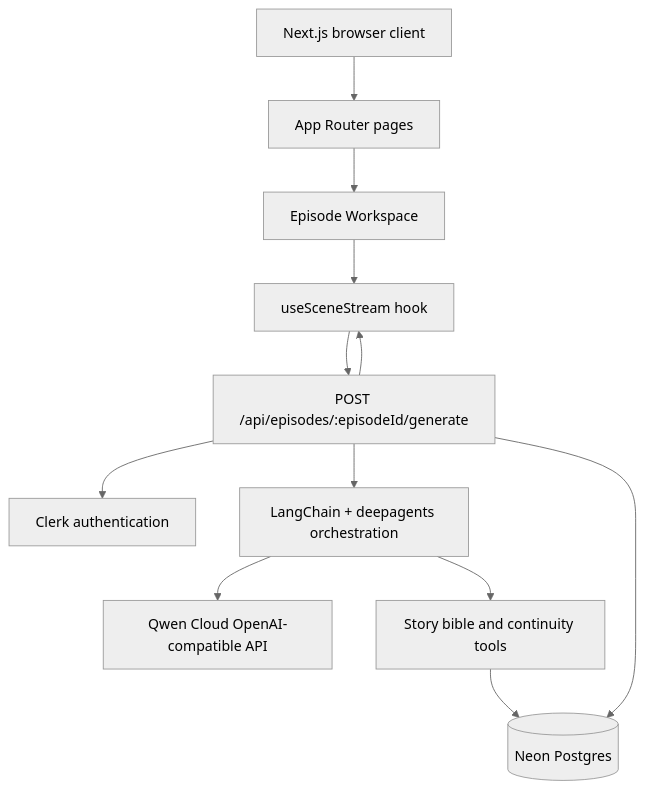
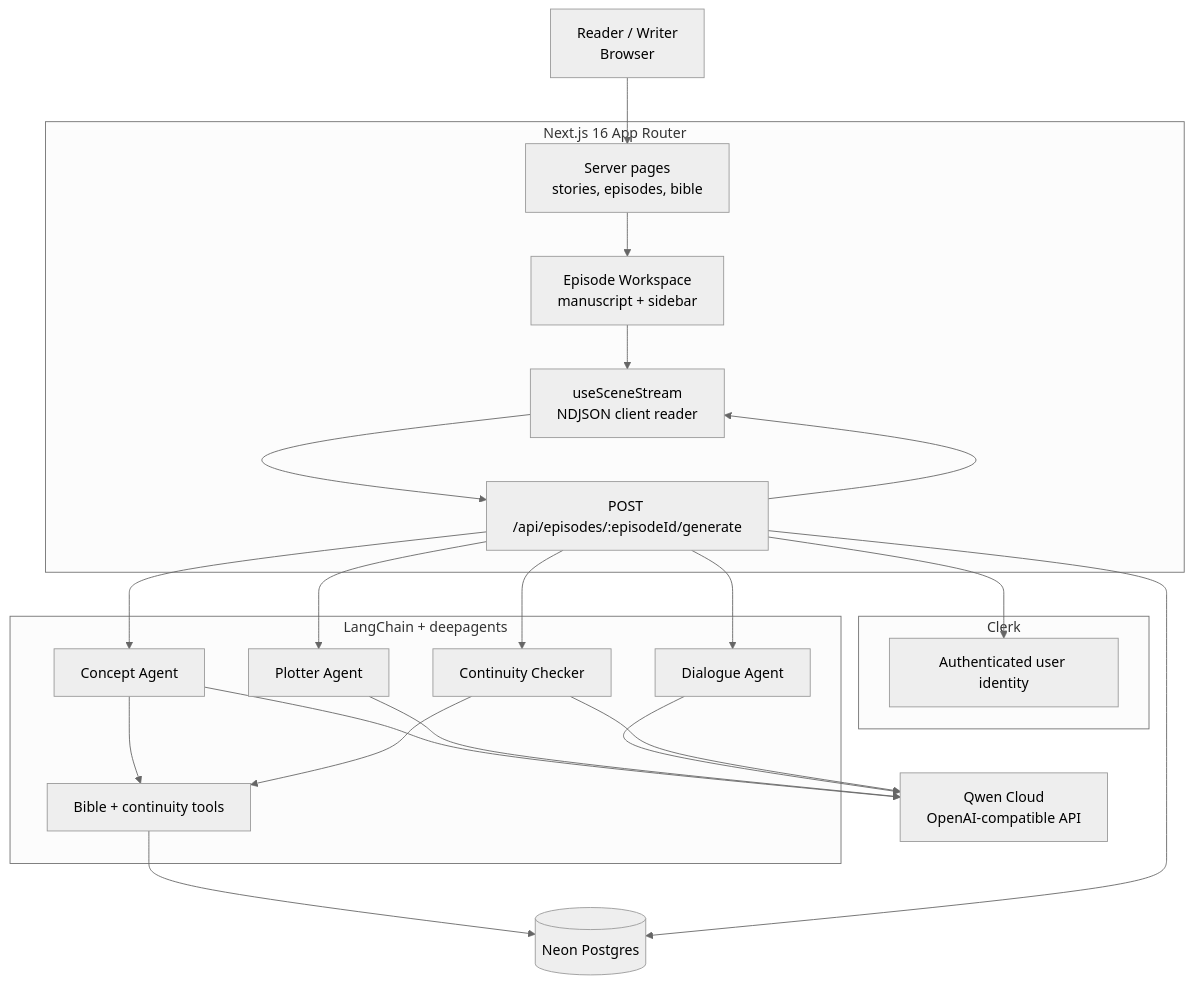
Before and after one commit to Talha-Tahir2001/loom: the first of 7 diagrams in README.md, drawn with Mermaid (neutral theme). The commit also changed other lines of this file, not shown here.

````diff
--- a/README.md
+++ b/README.md
@@ -77,25 +142,45 @@
 ```mermaid
 flowchart TB
-    browser[Next.js browser client]
-    pages[App Router pages]
-    workspace[Episode Workspace]
-    streamHook[useSceneStream hook]
-    route[POST /api/episodes/:episodeId/generate]
-    auth[Clerk authentication]
-    orchestration[LangChain + deepagents orchestration]
-    qwen[Qwen Cloud OpenAI-compatible API]
-    tools[Story bible and continuity tools]
-    database[(Neon Postgres)]
+    User["Reader / Writer<br/>Browser"]
 
-    browser --> pages
-    pages --> workspace
-    workspace --> streamHook
-    streamHook --> route
-    route --> auth
-    route --> orchestration
-    orchestration --> qwen
-    orchestration --> tools
-    tools --> database
-    route --> database
-    route --> streamHook
+    subgraph Next["Next.js 16 App Router"]
+        Pages["Server pages<br/>stories, episodes, bible"]
+        Workspace["Episode Workspace<br/>manuscript + sidebar"]
+        Hook["useSceneStream<br/>NDJSON client reader"]
+        Route["POST /api/episodes/:episodeId/generate"]
+    end
+
+    subgraph Auth["Clerk"]
+        Identity["Authenticated user identity"]
+    end
+
+    subgraph Agents["LangChain + deepagents"]
+        Concept["Concept Agent"]
+        Plotter["Plotter Agent"]
+        Dialogue["Dialogue Agent"]
+        Continuity["Continuity Checker"]
+        Tools["Bible + continuity tools"]
+    end
+
+    Qwen["Qwen Cloud<br/>OpenAI-compatible API"]
+    DB[("Neon Postgres")]
+
+    User --> Pages
+    Pages --> Workspace
+    Workspace --> Hook
+    Hook --> Route
+    Route --> Identity
+    Route --> Concept
+    Route --> Plotter
+    Route --> Dialogue
+    Route --> Continuity
+    Concept --> Qwen
+    Plotter --> Qwen
+    Dialogue --> Qwen
+    Continuity --> Qwen
+    Concept --> Tools
+    Continuity --> Tools
+    Tools --> DB
+    Route --> DB
+    Route --> Hook
 ```
````
